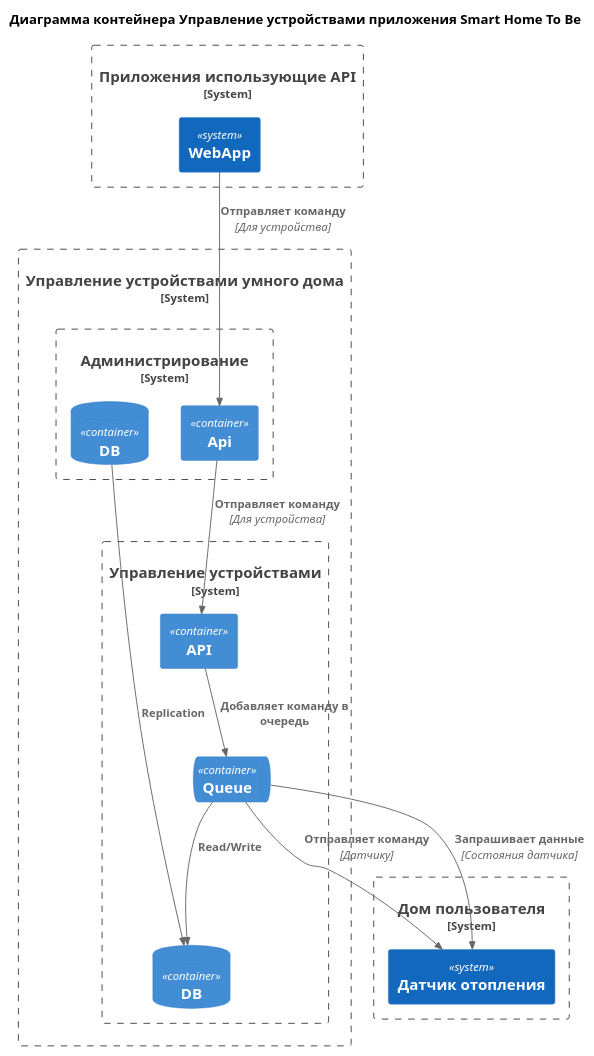
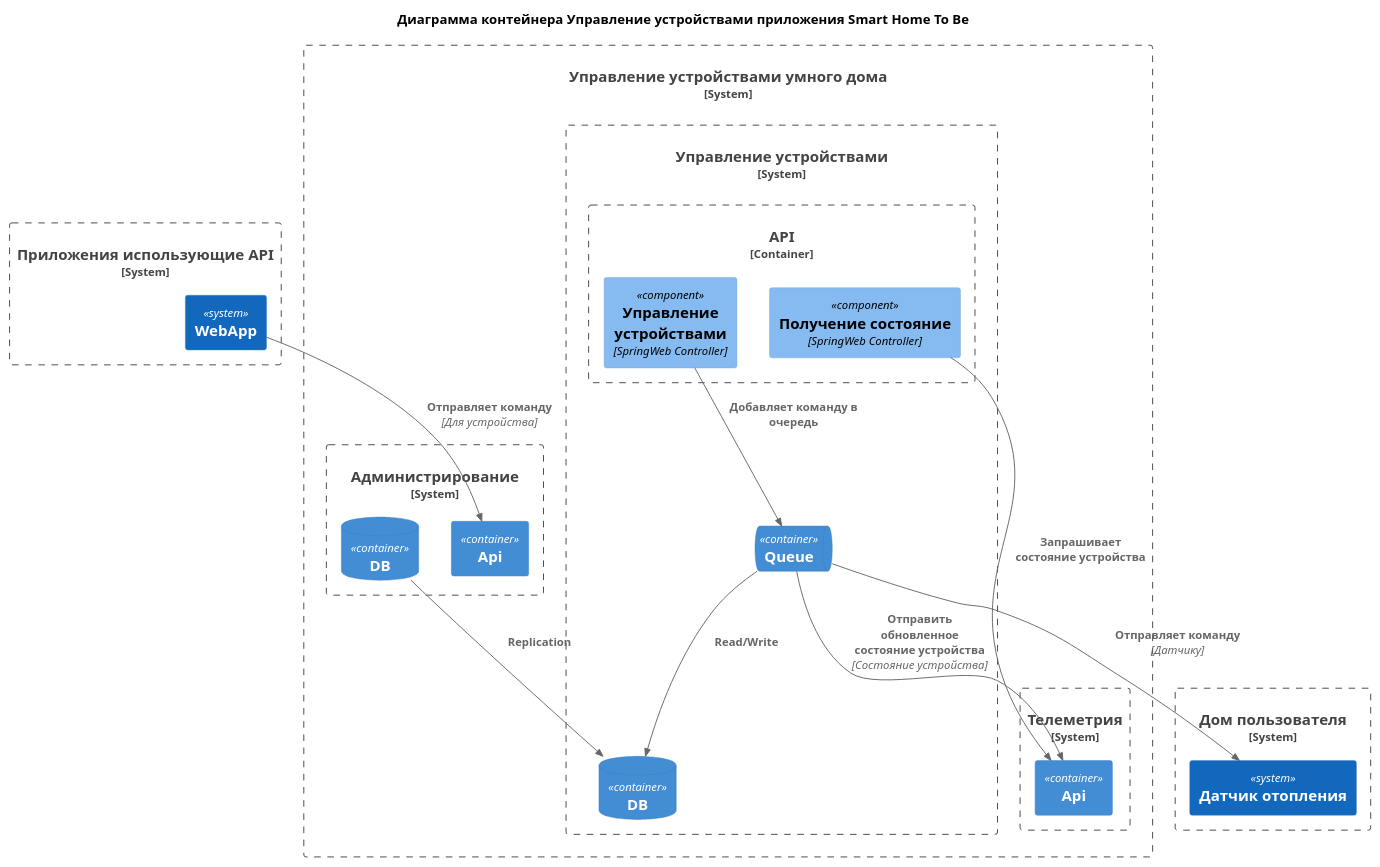
One commit to bezdelnique/ydnx-arch-sprint1 changed the diagram in docs/To Be Component Device Management.puml. Above: the diagram before and after it, drawn with PlantUML. The commit also changed 2 other files, not shown here.

Commit message:
To Be C4 diagrams

```diff
--- a/docs/To Be Component Device Management.puml
+++ b/docs/To Be Component Device Management.puml
@@ -1,45 +1,51 @@
 @startuml
 title "Диаграмма контейнера Управление устройствами приложения Smart Home To Be"
 
 top to bottom direction
 
 !include C4/C4_Component.puml
 
 System_Boundary(SmartHomeApp, "Приложения использующие API") {
     System(WebApp, "WebApp")
 }
 
 System_Boundary(UserHome, "Дом пользователя") {
     System(SensorHeating, "Датчик отопления")
 }
 
 
 System_Boundary(Domain, "Управление устройствами умного дома") {
     System_Boundary(SubdomainManageDevice, "Управление устройствами") {
-        Container(ManageDeviceApi, "API")
+        Container_Boundary(ManageDeviceApi, "API") {
+            Component("DeviceCommandController", "Управление устройствами", "SpringWeb Controller")
+            Component("DeviceStateController", "Получение состояние", "SpringWeb Controller")
+        }
         ContainerDb(ManageDeviceDb, "DB")
         ContainerQueue(ManageDeviceQueue, "Queue")
     }
 
     System_Boundary(SubdomainAdministration, "Администрирование") {
         Container(AdministrationApi, "Api")
         ContainerDb(AdministrationDb, "DB")
     }
+
+    System_Boundary(TelemetrySystem, "Телеметрия") {
+        Container(TelemetryApi, "Api")
+    }
 }
 
 
 
 Rel(AdministrationDb, ManageDeviceDb, "Replication")
 Rel(ManageDeviceQueue, ManageDeviceDb, "Read/Write")
 
-Rel(AdministrationApi, ManageDeviceApi, "Отправляет команду", "Для устройства")
 
-Rel(ManageDeviceApi, ManageDeviceQueue, "Добавляет команду в очередь")
+Rel(DeviceCommandController, ManageDeviceQueue, "Добавляет команду в очередь")
+Rel(DeviceStateController, TelemetryApi, "Запрашивает состояние устройства")
+
 Rel(ManageDeviceQueue, SensorHeating, "Отправляет команду", "Датчику")
-Rel(ManageDeviceQueue, SensorHeating, "Запрашивает данные", "Состояния датчика")
+Rel(ManageDeviceQueue, TelemetryApi, "Отправить обновленное состояние устройства", "Состояние устройства")
 
 Rel(WebApp, AdministrationApi, "Отправляет команду", "Для устройства")
 
-
-
 @enduml
```
